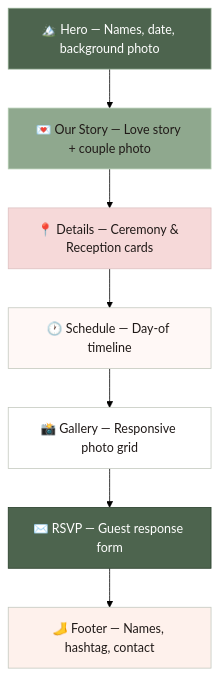
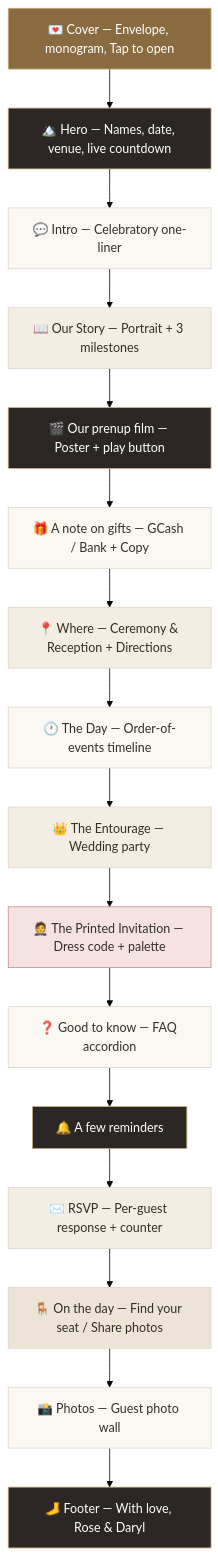
Before and after one commit to tekashifuta/wed_web: the first of 3 diagrams in ai_context.md, drawn with Mermaid (forest theme). The commit also changed other lines of this file and 24 other files, not shown here.

````diff
--- a/ai_context.md
+++ b/ai_context.md
@@ -35,17 +39,35 @@
 ```mermaid
 flowchart TD
-    A["🏔️ Hero — Names, date, background photo"] --> B["💌 Our Story — Love story + couple photo"]
-    B --> C["📍 Details — Ceremony & Reception cards"]
-    C --> D["🕐 Schedule — Day-of timeline"]
-    D --> E["📸 Gallery — Responsive photo grid"]
-    E --> F["✉️ RSVP — Guest response form"]
-    F --> G["🦶 Footer — Names, hashtag, contact"]
+    C0["💌 Cover — Envelope, monogram, Tap to open"] --> A["🏔️ Hero — Names, date, venue, live countdown"]
+    A --> B["💬 Intro — Celebratory one-liner"]
+    B --> S["📖 Our Story — Portrait + 3 milestones"]
+    S --> P["🎬 Our prenup film — Poster + play button"]
+    P --> G["🎁 A note on gifts — GCash / Bank + Copy"]
+    G --> D["📍 Where — Ceremony & Reception + Directions"]
+    D --> T["🕐 The Day — Order-of-events timeline"]
+    T --> E["👑 The Entourage — Wedding party"]
+    E --> AT["🤵 The Printed Invitation — Dress code + palette"]
+    AT --> F["❓ Good to know — FAQ accordion"]
+    F --> R["🔔 A few reminders"]
+    R --> RS["✉️ RSVP — Per-guest response + counter"]
+    RS --> SE["🪑 On the day — Find your seat / Share photos"]
+    SE --> PH["📸 Photos — Guest photo wall"]
+    PH --> FO["🦶 Footer — With love, Rose & Daryl"]
 
-    style A fill:#4d644e,stroke:#8fa88e,color:#fff
-    style B fill:#8fa88e,stroke:#b4cdb2,color:#201a18
-    style C fill:#f6d9d9,stroke:#dcc0c0,color:#201a18
-    style D fill:#fff8f6,stroke:#c3c8bf,color:#201a18
-    style E fill:#ffffff,stroke:#c3c8bf,color:#201a18
-    style F fill:#4d644e,stroke:#273d29,color:#fff
-    style G fill:#fef1ec,stroke:#c3c8bf,color:#201a18
+    style C0 fill:#8a6b40,stroke:#c9ae7e,color:#fff
+    style A fill:#2c2724,stroke:#c9ae7e,color:#fff
+    style B fill:#fbf8f3,stroke:#ded5c7,color:#332e2a
+    style S fill:#f4ede3,stroke:#ded5c7,color:#332e2a
+    style P fill:#2c2724,stroke:#c9ae7e,color:#fff
+    style G fill:#fbf8f3,stroke:#ded5c7,color:#332e2a
+    style D fill:#f4ede3,stroke:#ded5c7,color:#332e2a
+    style T fill:#fbf8f3,stroke:#ded5c7,color:#332e2a
+    style E fill:#f4ede3,stroke:#ded5c7,color:#332e2a
+    style AT fill:#f6e3e1,stroke:#c08a86,color:#332e2a
+    style F fill:#fbf8f3,stroke:#ded5c7,color:#332e2a
+    style R fill:#2c2724,stroke:#c9ae7e,color:#fff
+    style RS fill:#f4ede3,stroke:#ded5c7,color:#332e2a
+    style SE fill:#ede4d8,stroke:#ded5c7,color:#332e2a
+    style PH fill:#fbf8f3,stroke:#ded5c7,color:#332e2a
+    style FO fill:#2c2724,stroke:#c9ae7e,color:#fff
 ```
````
